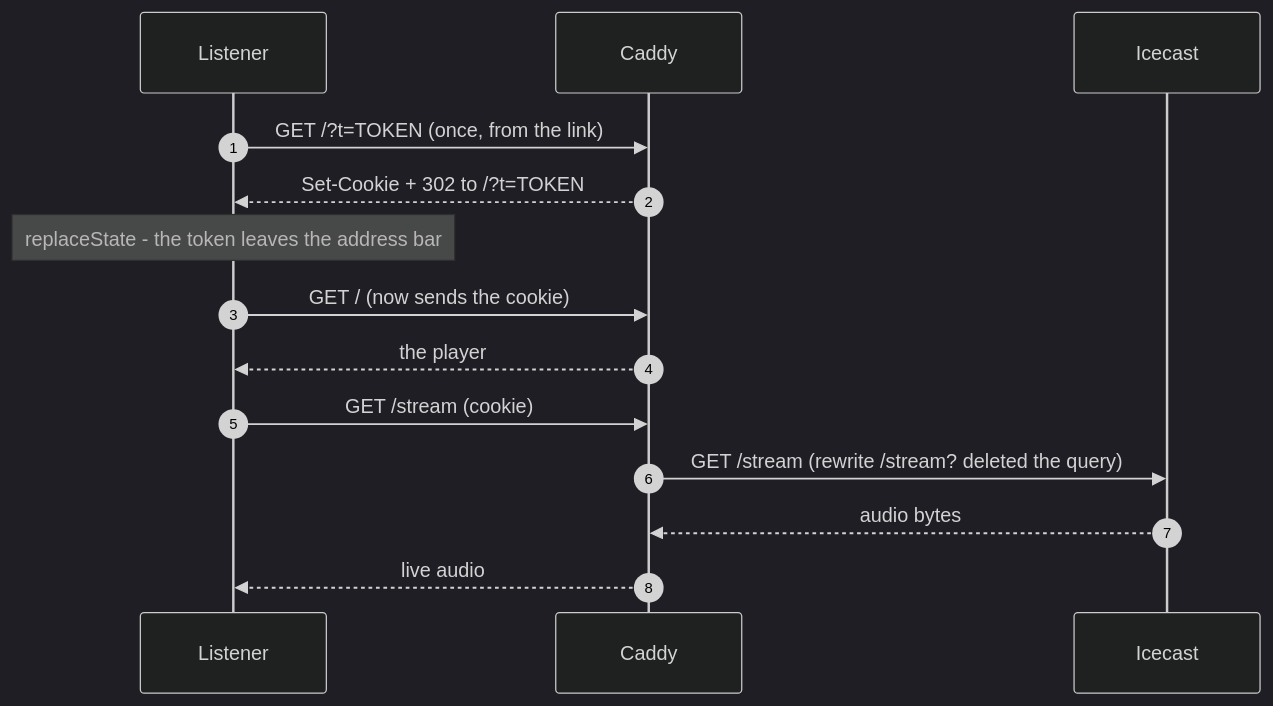
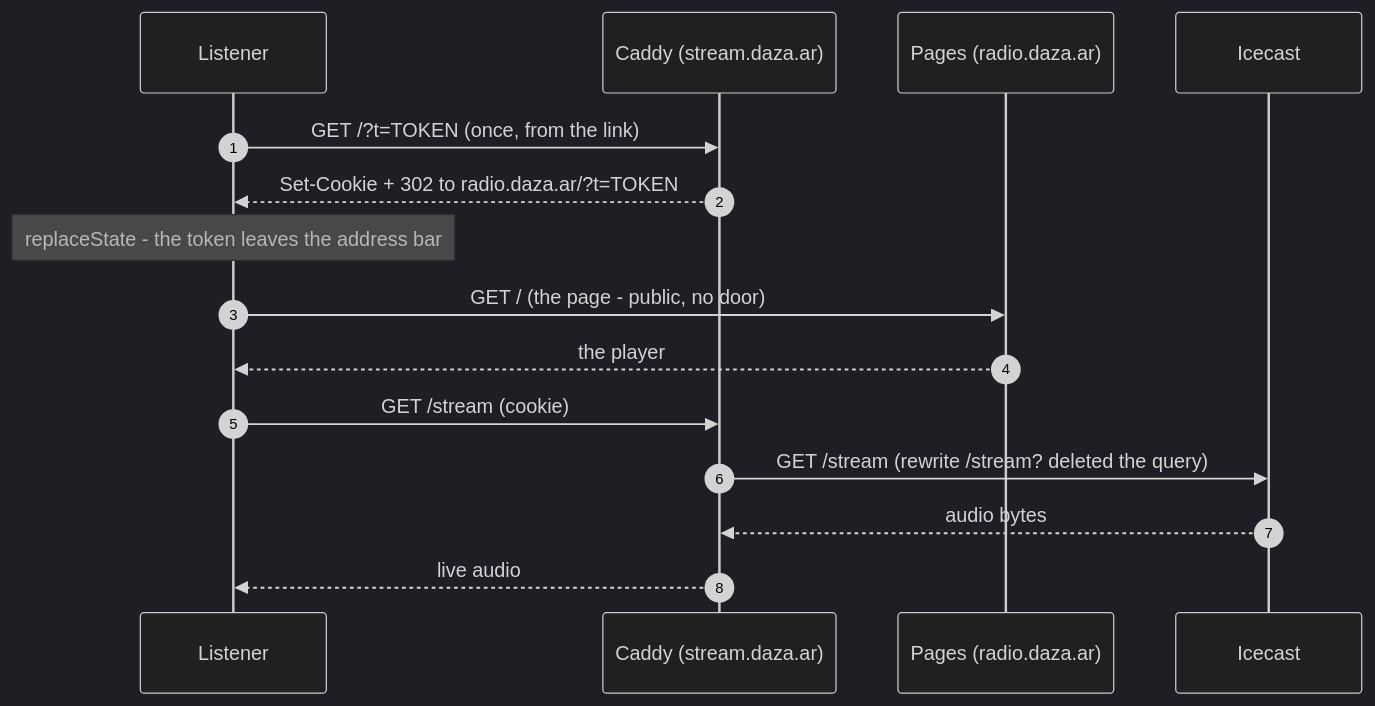
Before and after one commit to The-Replacement/radio: the second of 2 diagrams in README.md, drawn with Mermaid (dark theme). The commit also changed other lines of this file and 1 other file, not shown here.

First line of the commit message:
test(smoke): the second door, measured (S5, F-02)

````diff
--- a/README.md
+++ b/README.md
@@ -181,17 +201,18 @@
 ```mermaid
 sequenceDiagram
     autonumber
     participant O as Listener
-    participant C as Caddy
+    participant C as Caddy (stream.daza.ar)
+    participant P as Pages (radio.daza.ar)
     participant I as Icecast
 
     O->>C: GET /?t=TOKEN   (once, from the link)
-    C-->>O: Set-Cookie + 302 to /?t=TOKEN
+    C-->>O: Set-Cookie + 302 to radio.daza.ar/?t=TOKEN
     Note over O: replaceState - the token leaves the address bar
-    O->>C: GET /   (now sends the cookie)
-    C-->>O: the player
+    O->>P: GET /   (the page - public, no door)
+    P-->>O: the player
     O->>C: GET /stream   (cookie)
     C->>I: GET /stream   (rewrite /stream? deleted the query)
     I-->>C: audio bytes
     C-->>O: live audio
 ```
````
